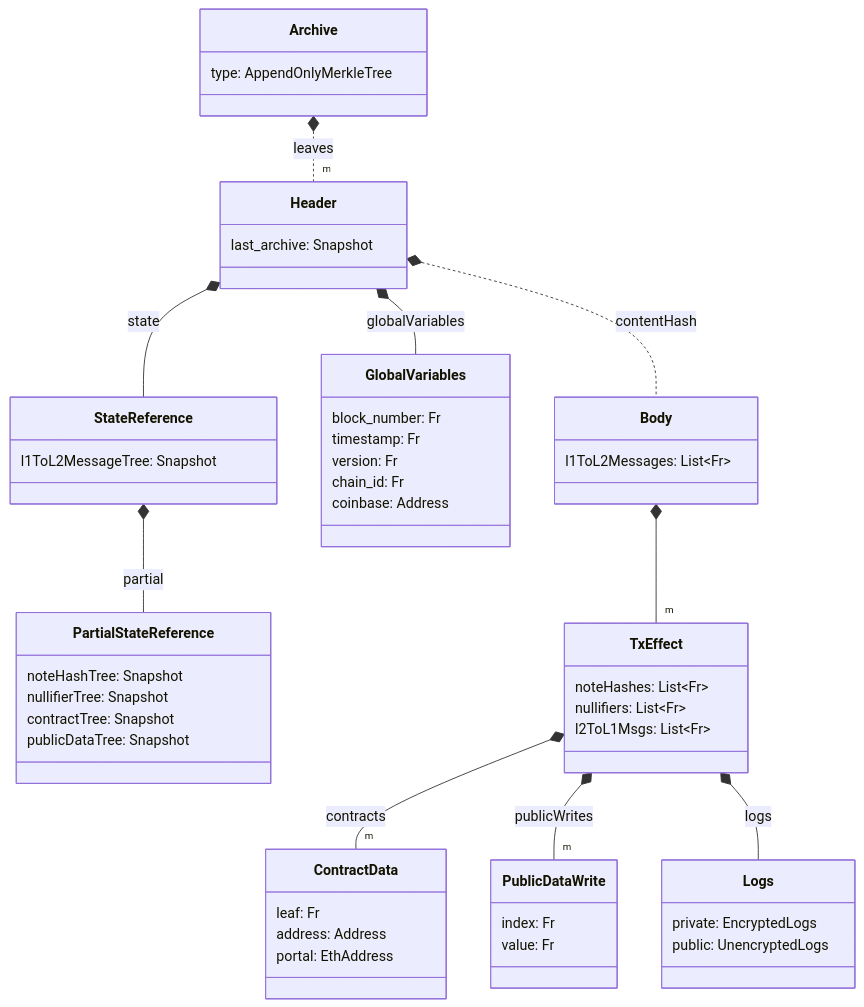
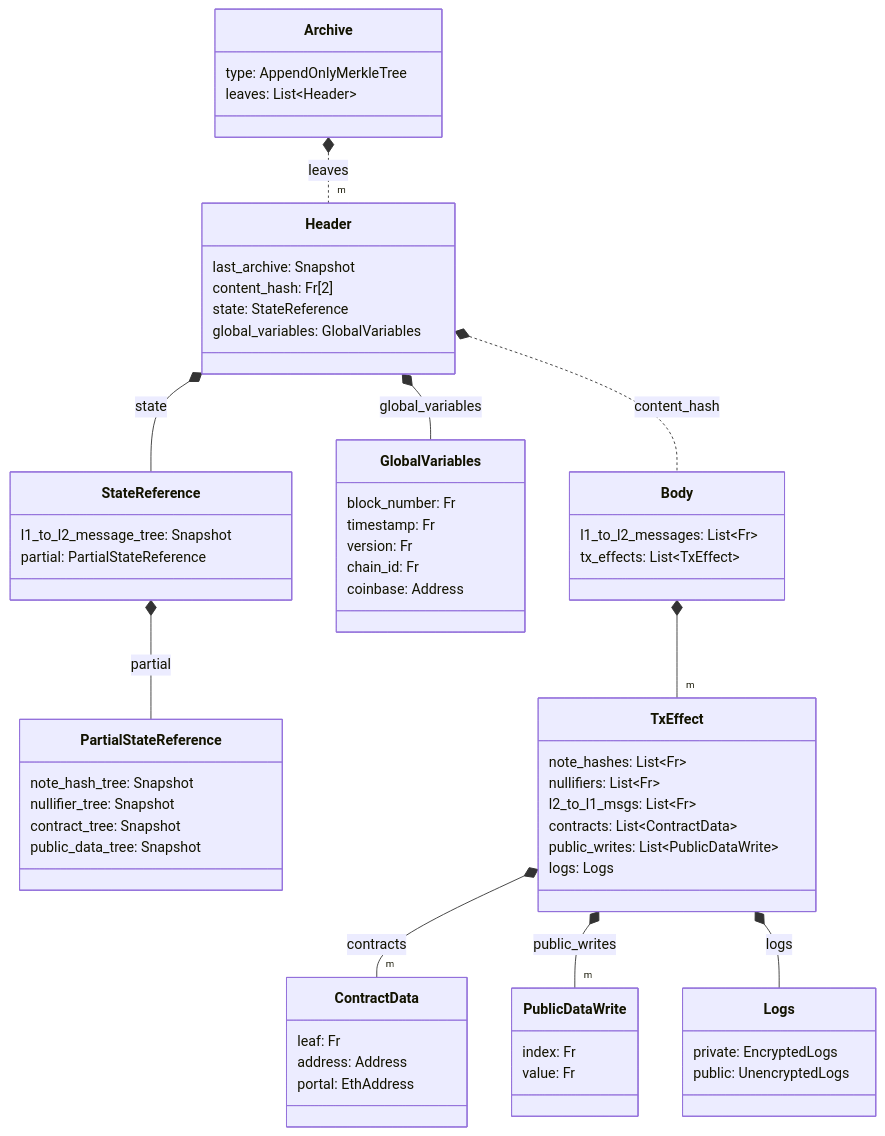
The diagram in yellow-paper/docs/state/archive.md (AztecProtocol/aztec-packages), drawn with Mermaid before and after one commit. The commit also changed 5 other files, not shown here.

Commit message:
chore: update diagrams

````diff
--- a/yellow-paper/docs/state/archive.md
+++ b/yellow-paper/docs/state/archive.md
@@ -13,66 +13,76 @@
 ```mermaid
 classDiagram
 direction TB
 
+
 class PartialStateReference {
-    noteHashTree: Snapshot
-    nullifierTree: Snapshot
-    contractTree: Snapshot
-    publicDataTree: Snapshot
+    note_hash_tree: Snapshot
+    nullifier_tree: Snapshot
+    contract_tree: Snapshot
+    public_data_tree: Snapshot
 }
 
 class StateReference {
-    l1ToL2MessageTree: Snapshot
+    l1_to_l2_message_tree: Snapshot
+    partial: PartialStateReference
 }
 StateReference *-- PartialStateReference: partial
 
 class GlobalVariables {
     block_number: Fr
     timestamp: Fr
     version: Fr
     chain_id: Fr
     coinbase: Address
 }
 
 class Header {
     last_archive: Snapshot
+    content_hash: Fr[2]
+    state: StateReference
+    global_variables: GlobalVariables
 }
-Header *.. Body : contentHash
+Header *.. Body : content_hash
 Header *-- StateReference : state
-Header *-- GlobalVariables : globalVariables
+Header *-- GlobalVariables : global_variables
 
 class Logs {
     private: EncryptedLogs
     public: UnencryptedLogs
 }
 
 class PublicDataWrite {
     index: Fr
     value: Fr
 }
 
 class ContractData {
     leaf: Fr
     address: Address
     portal: EthAddress
 }
 
 class TxEffect {
-    noteHashes: List~Fr~
+    note_hashes: List~Fr~
     nullifiers: List~Fr~
-    l2ToL1Msgs: List~Fr~
+    l2_to_l1_msgs: List~Fr~
+    contracts: List~ContractData~
+    public_writes: List~PublicDataWrite~
+    logs: Logs
 }
 TxEffect *-- "m" ContractData: contracts
-TxEffect *-- "m" PublicDataWrite: publicWrites
+TxEffect *-- "m" PublicDataWrite: public_writes
 TxEffect *-- Logs : logs
 
 class Body {
-    l1ToL2Messages: List~Fr~
+    l1_to_l2_messages: List~Fr~
+    tx_effects: List~TxEffect~
 }
 Body *-- "m" TxEffect
 
 class Archive {
   type: AppendOnlyMerkleTree
+  leaves: List~Header~
 }
 Archive *.. "m" Header : leaves
 ```
````
